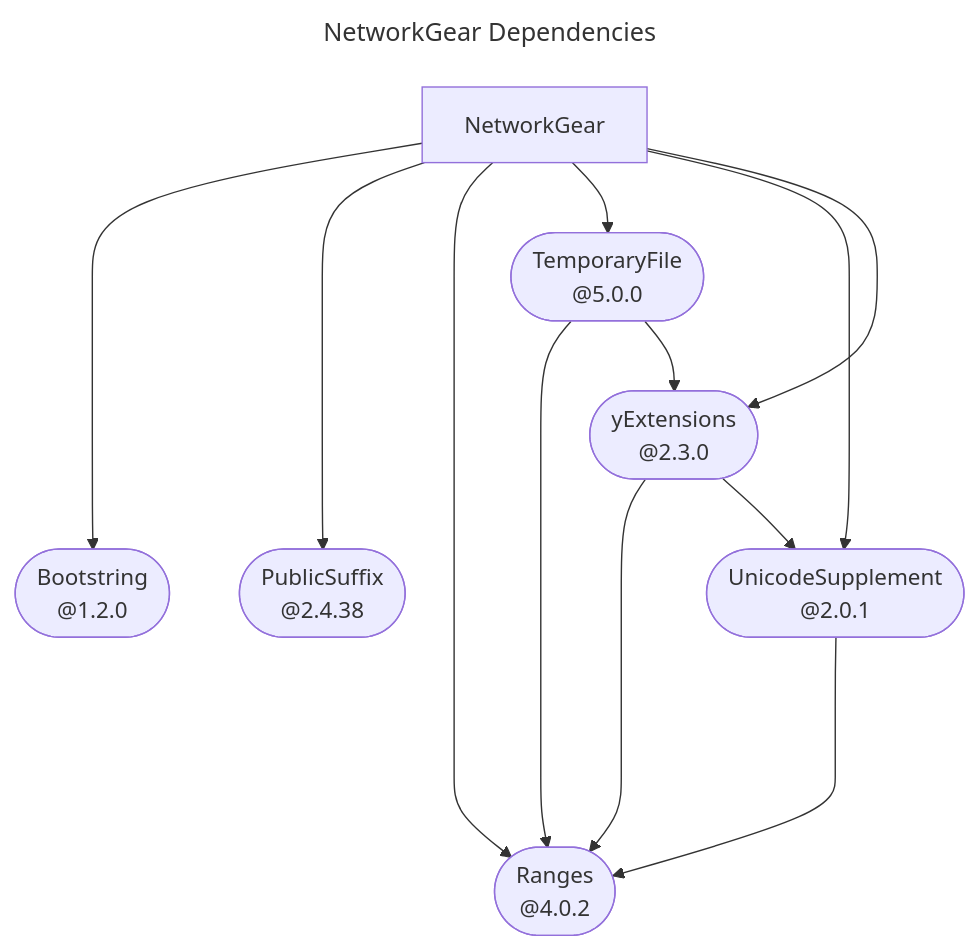
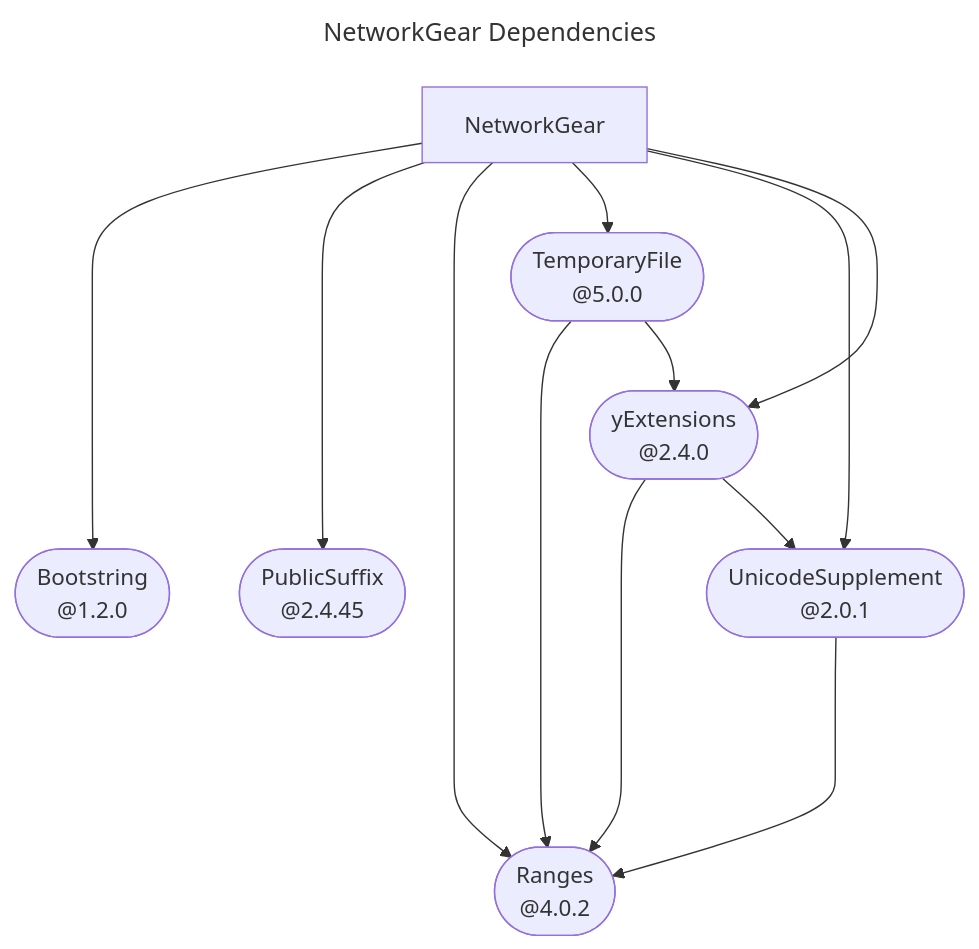
The diagram in README.md (YOCKOW/SwiftNetworkGear), drawn with Mermaid before and after one commit.

Commit message:
Update "./README.md".
This commit is done by the workflow in [SwiftPackageHelperTools](https://GitHub.com/YOCKOW/SwiftPackageHelperTools.git).
- UUID: eb419922-299f-46cd-825c-c8856c924c29
- Date: 2026-11-13 06:11:34+0000

````diff
--- a/README.md
+++ b/README.md
@@ -15,34 +15,34 @@
 ```mermaid
 ---
 title: NetworkGear Dependencies
 ---
 flowchart TD
   swiftbootstring(["Bootstring<br>@1.2.0"])
   swiftnetworkgear["NetworkGear"]
-  swiftpublicsuffix(["PublicSuffix<br>@2.4.38"])
+  swiftpublicsuffix(["PublicSuffix<br>@2.4.45"])
   swiftranges(["Ranges<br>@4.0.2"])
   swifttemporaryfile(["TemporaryFile<br>@5.0.0"])
   swiftunicodesupplement(["UnicodeSupplement<br>@2.0.1"])
-  yswiftextensions(["yExtensions<br>@2.3.0"])
+  yswiftextensions(["yExtensions<br>@2.4.0"])
 
   click swiftbootstring href "https://github.com/YOCKOW/SwiftBootstring.git"
   click swiftpublicsuffix href "https://github.com/YOCKOW/SwiftPublicSuffix.git"
   click swiftranges href "https://github.com/YOCKOW/SwiftRanges.git"
   click swifttemporaryfile href "https://github.com/YOCKOW/SwiftTemporaryFile.git"
   click swiftunicodesupplement href "https://github.com/YOCKOW/SwiftUnicodeSupplement.git"
   click yswiftextensions href "https://github.com/YOCKOW/ySwiftExtensions.git"
 
   swiftnetworkgear ----> swiftbootstring
   swiftnetworkgear ----> swiftpublicsuffix
   swiftnetworkgear ----> swiftranges
   swiftnetworkgear --> swifttemporaryfile
   swiftnetworkgear --> swiftunicodesupplement
   swiftnetworkgear --> yswiftextensions
   swifttemporaryfile ----> swiftranges
   swifttemporaryfile --> yswiftextensions
   swiftunicodesupplement ----> swiftranges
   yswiftextensions ----> swiftranges
   yswiftextensions --> swiftunicodesupplement
 
 
 ```
````
